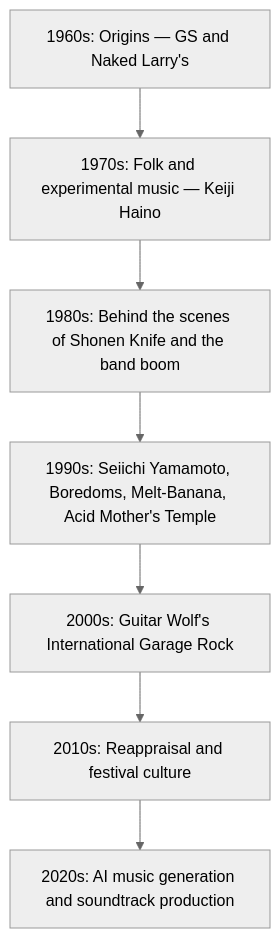
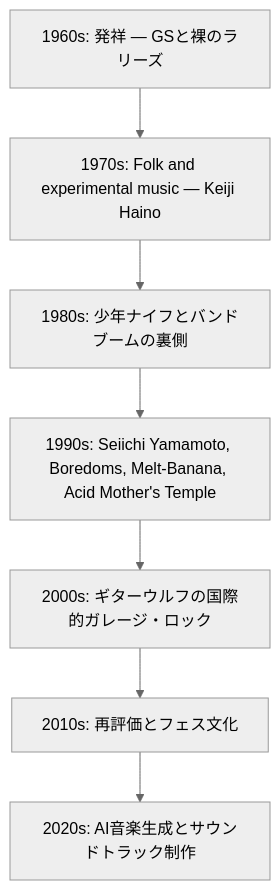
One commit to monumental-movement/monumental-movement.github.io changed the diagram in en/_posts/2025-09-25-Column-Japanese-Mainstream-Underground-Rock.md. Above: the diagram before and after it, drawn with Mermaid (neutral theme). The commit also changed other lines of this file and 2196 other files, not shown here.

```diff
--- a/en/_posts/2025-09-25-Column-Japanese-Mainstream-Underground-Rock.md
+++ b/en/_posts/2025-09-25-Column-Japanese-Mainstream-Underground-Rock.md
@@ -86,9 +86,9 @@
 <div class="mermaid">
 flowchart TD
-    A["1960s: Origins — GS and Naked Larry's"] --> B["1970s: Folk and experimental music — Keiji Haino"]
-    B --> C["1980s: Behind the scenes of Shonen Knife and the band boom"]
+    A["1960s: 発祥 — GSと裸のラリーズ"] --> B["1970s: Folk and experimental music — Keiji Haino"]
+    B --> C["1980s: 少年ナイフとバンドブームの裏側"]
     C --> D["1990s: Seiichi Yamamoto, Boredoms, Melt-Banana, Acid Mother's Temple"]
-    D --> E["2000s: Guitar Wolf's International Garage Rock"]
-    E --> F["2010s: Reappraisal and festival culture"]
-    F --> G["2020s: AI music generation and soundtrack production"]
+    D --> E["2000s: ギターウルフの国際的ガレージ・ロック"]
+    E --> F["2010s: 再評価とフェス文化"]
+    F --> G["2020s: AI音楽生成とサウンドトラック制作"]
 </div>
```
